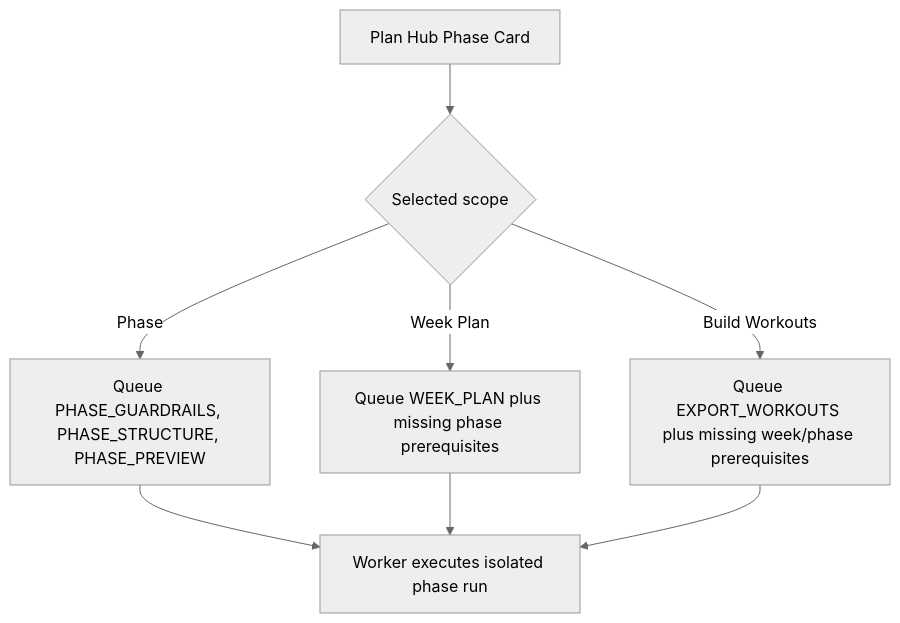
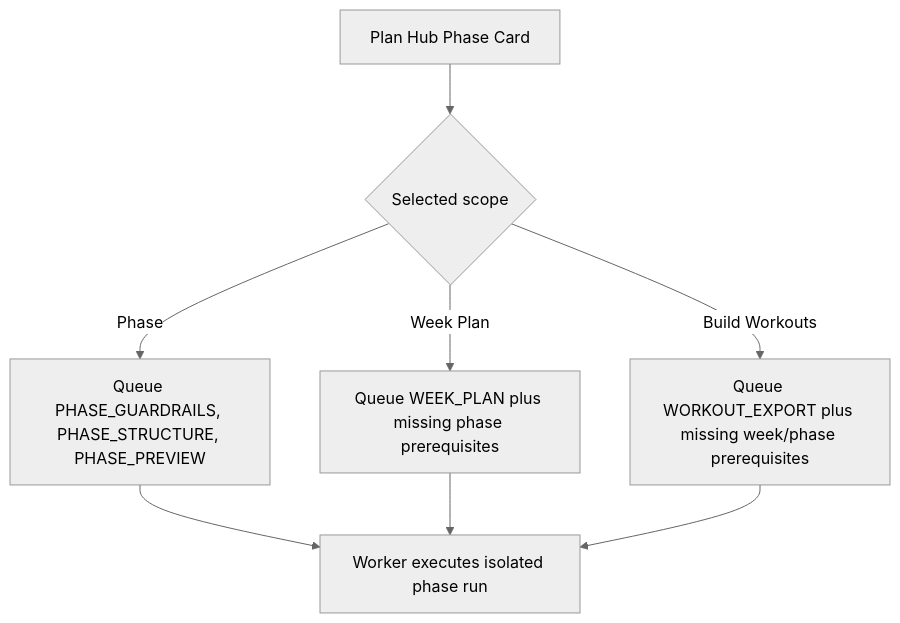
The diagram in doc/specs/features/FEAT_plan_hub_phase_step_isolation.md (albauer-priv/RPS), drawn with Mermaid (neutral theme) before and after one commit. The commit also changed 25 other files, not shown here.

Commit message:
refactor: rename workout export internals

````diff
--- a/doc/specs/features/FEAT_plan_hub_phase_step_isolation.md
+++ b/doc/specs/features/FEAT_plan_hub_phase_step_isolation.md
@@ -68,10 +68,10 @@
 ```mermaid
 flowchart TD
   A["Plan Hub Phase Card"] --> B{"Selected scope"}
   B -->|Phase| C["Queue PHASE_GUARDRAILS, PHASE_STRUCTURE, PHASE_PREVIEW"]
   B -->|Week Plan| D["Queue WEEK_PLAN plus missing phase prerequisites"]
-  B -->|Build Workouts| E["Queue EXPORT_WORKOUTS plus missing week/phase prerequisites"]
+  B -->|Build Workouts| E["Queue WORKOUT_EXPORT plus missing week/phase prerequisites"]
   C --> F["Worker executes isolated phase run"]
   D --> F
   E --> F
 ```
````
